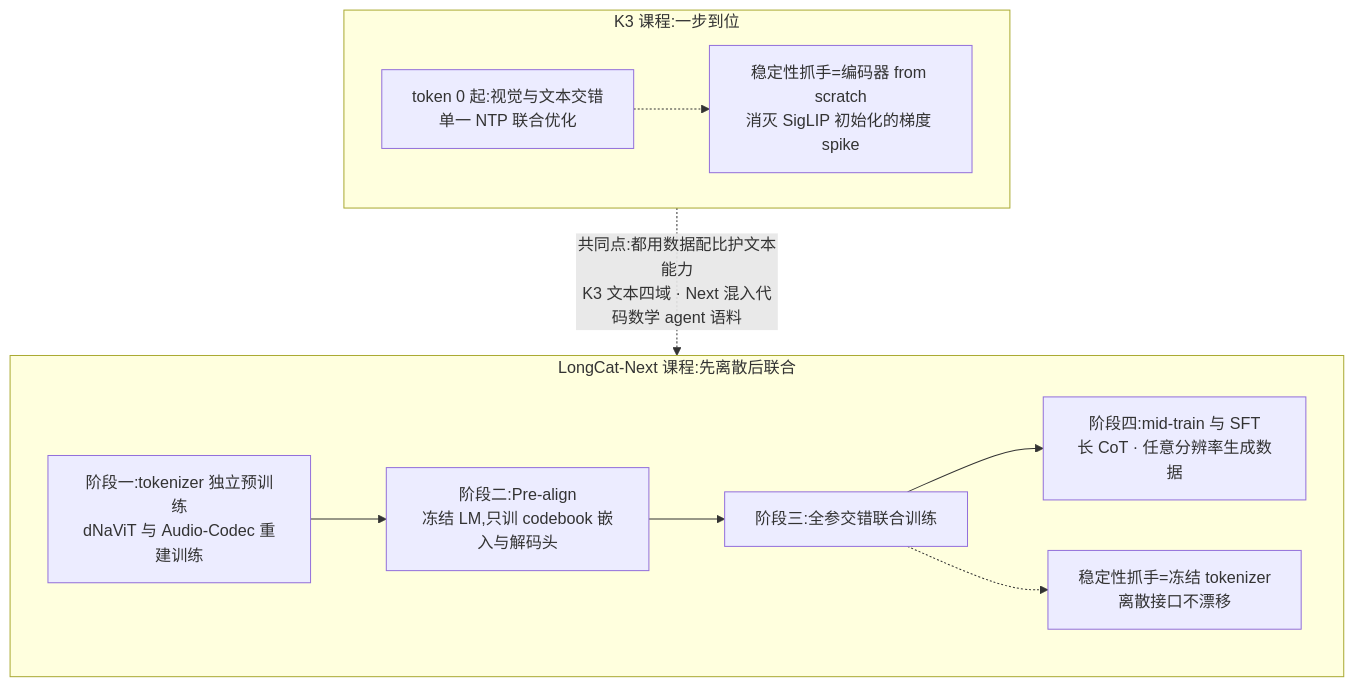
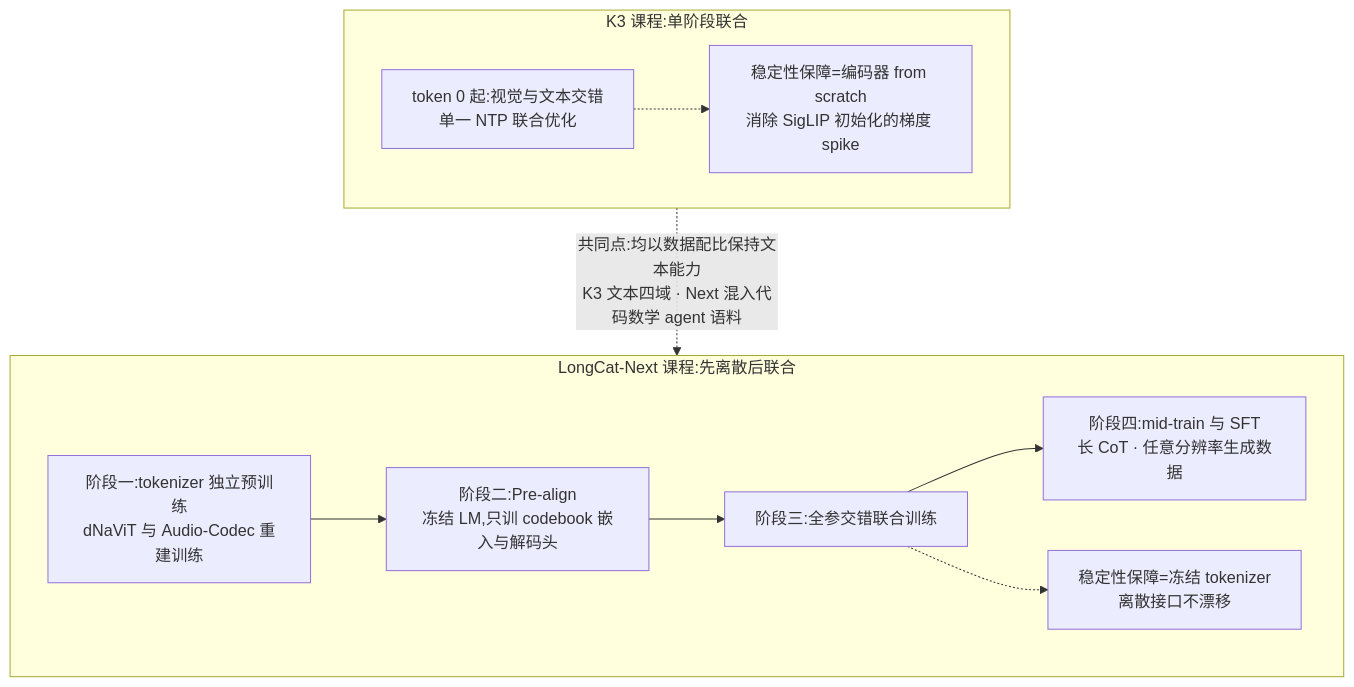
One commit to lloo099/mission44 changed the third of 3 diagrams in docs/blog/dispatch-28-native-multimodal.md. Above: the diagram before and after it, drawn with Mermaid. The commit also changed other lines of this file and 2 other files, not shown here.

Commit message:
D28 style revision: 全文去口语化改写 54 处 (标准: 专业简洁——'把X删掉'→'去除X'、'数据学'→'数据策略'、'卖点'→'主张'、'抓手'→'保障'、'黑箱'→'未公开'、'占坑'→'公开工作' 等; 正文+图节点+TL;DR+blog.json 摘要同步)

````diff
--- a/docs/blog/dispatch-28-native-multimodal.md
+++ b/docs/blog/dispatch-28-native-multimodal.md
@@ -100,18 +100,18 @@
 ```mermaid
 flowchart TB
-    subgraph KP ["K3 课程:一步到位"]
+    subgraph KP ["K3 课程:单阶段联合"]
         K1["token 0 起:视觉与文本交错<br/>单一 NTP 联合优化"]
-        K2["稳定性抓手=编码器 from scratch<br/>消灭 SigLIP 初始化的梯度 spike"]
+        K2["稳定性保障=编码器 from scratch<br/>消除 SigLIP 初始化的梯度 spike"]
         K1 -.-> K2
     end
     subgraph LP ["LongCat-Next 课程:先离散后联合"]
         L1["阶段一:tokenizer 独立预训练<br/>dNaViT 与 Audio-Codec 重建训练"]
         L2["阶段二:Pre-align<br/>冻结 LM,只训 codebook 嵌入与解码头"]
         L3["阶段三:全参交错联合训练"]
         L4["阶段四:mid-train 与 SFT<br/>长 CoT · 任意分辨率生成数据"]
         L1 --> L2 --> L3 --> L4
-        L5["稳定性抓手=冻结 tokenizer<br/>离散接口不漂移"]
+        L5["稳定性保障=冻结 tokenizer<br/>离散接口不漂移"]
         L3 -.-> L5
     end
-    KP -. "共同点:都用数据配比护文本能力<br/>K3 文本四域 · Next 混入代码数学 agent 语料" .-> LP
+    KP -. "共同点:均以数据配比保持文本能力<br/>K3 文本四域 · Next 混入代码数学 agent 语料" .-> LP
 ```
````
